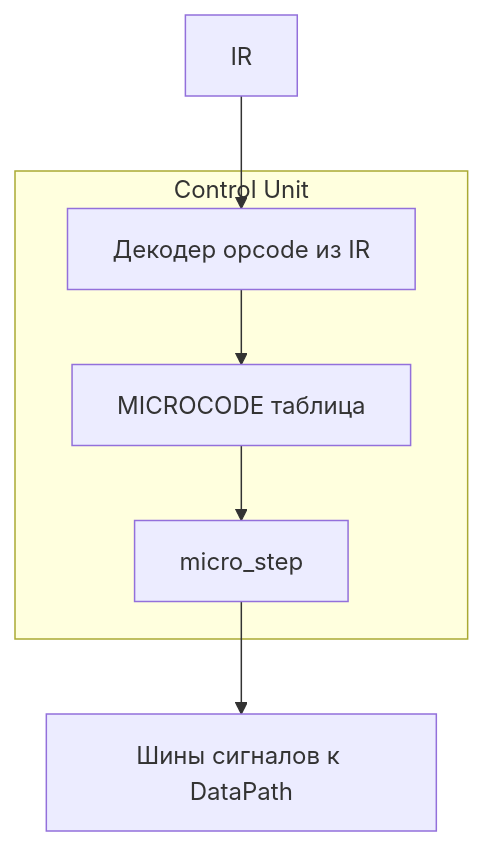
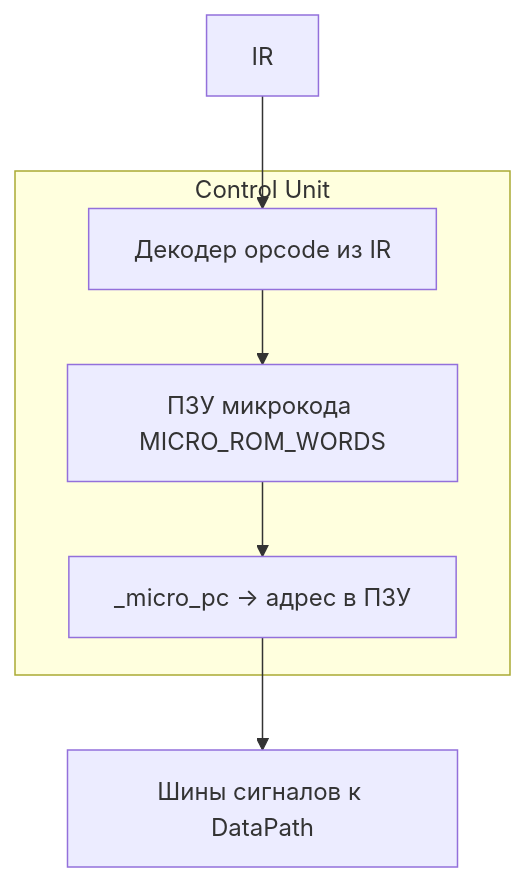
The second of 2 diagrams in README.md (kr1v0mr0/lab4csa), drawn with Mermaid before and after one commit. The commit also changed other lines of this file and 6 other files, not shown here.

Commit message:
ПЗУ микрокода в симуляторе, mypy strict, полный prob1 в тестах

````diff
--- a/README.md
+++ b/README.md
@@ -149,12 +150,12 @@
 ```mermaid
 flowchart TB
   subgraph CU["Control Unit"]
-    uPC["micro_step"]
-    ROM["MICROCODE таблица"]
+    uPC["_micro_pc → адрес в ПЗУ"]
+    ROM["ПЗУ микрокода MICRO_ROM_WORDS"]
     DEC["Декодер opcode из IR"]
   end
   ROM --> uPC
   IR --> DEC
   DEC --> ROM
   uPC --> SIG["Шины сигналов к DataPath"]
 ```
````
